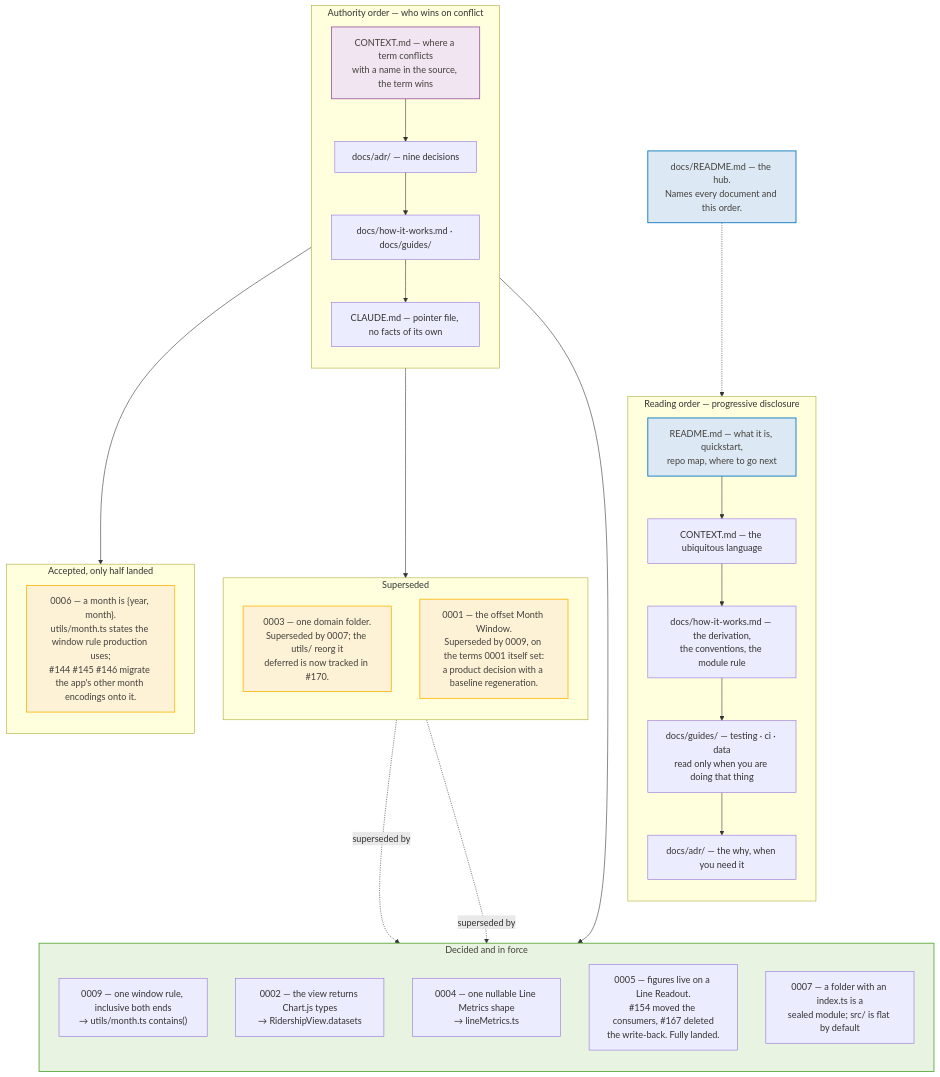
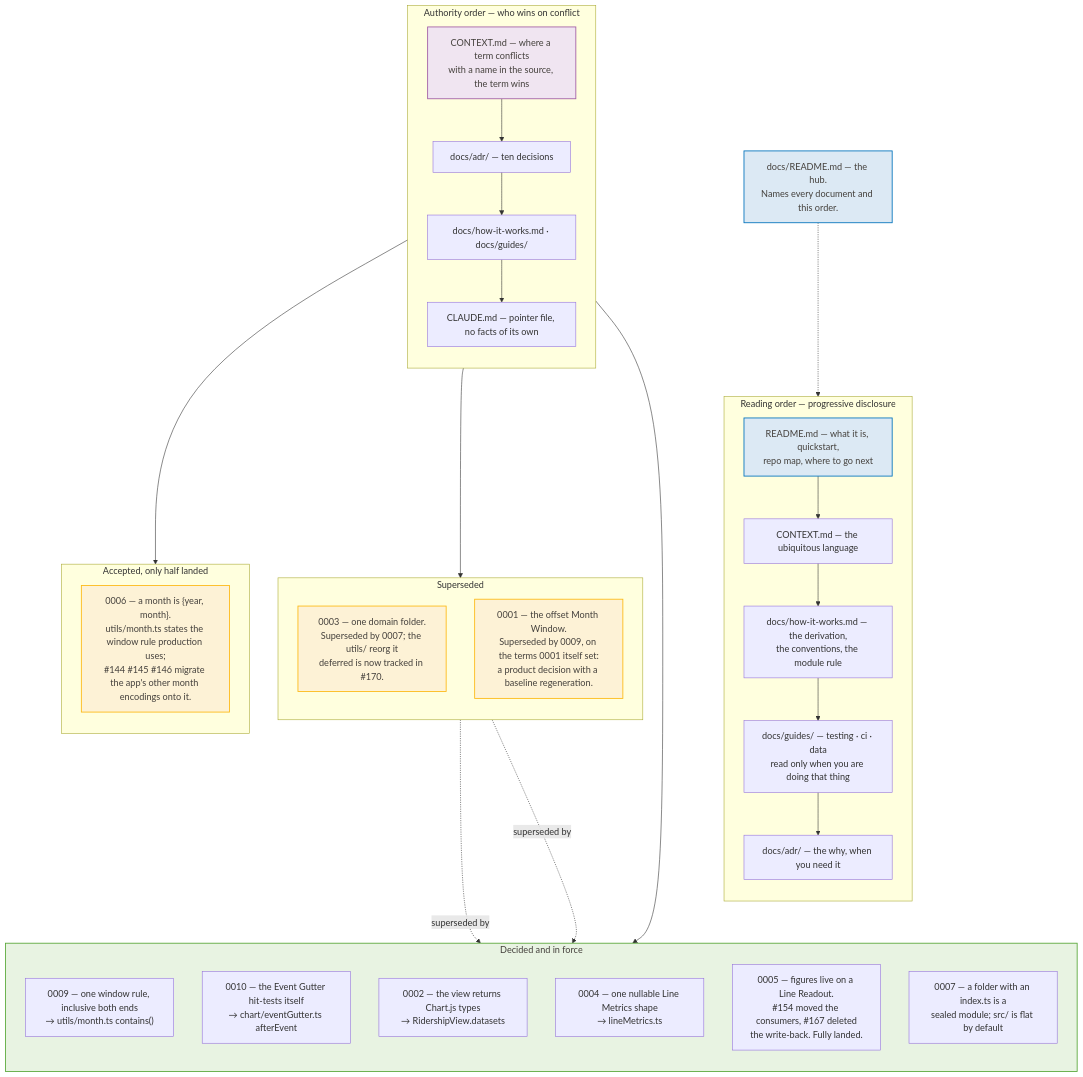
Before and after one commit to streetsforall/metro_ridership_app: the diagram in docs/architecture/mermaid/21-docs-adr-map.mmd, drawn with Mermaid. The commit also changed 36 other files, not shown here.

First line of the commit message:
feat(chart): Event Gutter — triangles below the axis, deliberate Month Window drag, and a pin hint (#191)

```diff
--- a/docs/architecture/mermaid/21-docs-adr-map.mmd
+++ b/docs/architecture/mermaid/21-docs-adr-map.mmd
@@ -1,59 +1,60 @@
 flowchart TB
   subgraph reading["Reading order — progressive disclosure"]
     direction TB
     r0["README.md — what it is, quickstart,<br/>repo map, where to go next"]
     r1["CONTEXT.md — the ubiquitous language"]
     r2["docs/how-it-works.md — the derivation,<br/>the conventions, the module rule"]
     r3["docs/guides/ — testing · ci · data<br/>read only when you are doing that thing"]
     r4["docs/adr/ — the why, when you need it"]
     r0 --> r1 --> r2 --> r3 --> r4
   end
 
   hub["docs/README.md — the hub.<br/>Names every document and this order."]
   hub -.-> reading
 
   subgraph authority["Authority order — who wins on conflict"]
     direction TB
     ctx["CONTEXT.md — where a term conflicts<br/>with a name in the source, the term wins"]
-    adrs["docs/adr/ — nine decisions"]
+    adrs["docs/adr/ — ten decisions"]
     prose["docs/how-it-works.md · docs/guides/"]
     pointer["CLAUDE.md — pointer file, no facts of its own"]
     ctx --> adrs --> prose --> pointer
   end
 
   subgraph landed["Decided and in force"]
     direction TB
     a9["0009 — one window rule, inclusive both ends<br/>→ utils/month.ts contains()"]
+    a10["0010 — the Event Gutter hit-tests itself<br/>→ chart/eventGutter.ts afterEvent"]
     a2["0002 — the view returns Chart.js types<br/>→ RidershipView.datasets"]
     a4["0004 — one nullable Line Metrics shape<br/>→ lineMetrics.ts"]
     a5["0005 — figures live on a Line Readout.<br/>#154 moved the consumers, #167 deleted<br/>the write-back. Fully landed."]
     a7["0007 — a folder with an index.ts is a<br/>sealed module; src/ is flat by default"]
   end
 
   subgraph half["Accepted, only half landed"]
     direction TB
     a6["0006 — a month is {year, month}.<br/>utils/month.ts states the window rule production uses;<br/>#144 #145 #146 migrate the app's other month encodings onto it."]
   end
 
   subgraph superseded["Superseded"]
     direction TB
     a3["0003 — one domain folder.<br/>Superseded by 0007; the utils/ reorg it<br/>deferred is now tracked in #170."]
     a1["0001 — the offset Month Window.<br/>Superseded by 0009, on the terms 0001 itself set:<br/>a product decision with a baseline regeneration."]
   end
 
   adrs --> landed
   adrs --> half
   adrs --> superseded
   a3 -.->|superseded by| a7
   a1 -.->|superseded by| a9
 
   classDef authorityC fill:#f0e5f1,stroke:#a05da5,stroke-width:1.5px,color:#44403c
   classDef pending fill:#fdf2d6,stroke:#fdb913,stroke-width:1.5px,color:#44403c
   classDef surface fill:#e8f3e2,stroke:#58a738,stroke-width:1.5px,color:#44403c
   classDef entry fill:#dce9f4,stroke:#0072bc,stroke-width:1.5px,color:#44403c
   class ctx authorityC
   class a6 pending
   class a3 pending
   class a1 pending
   class landed surface
   class hub,r0 entry
```
